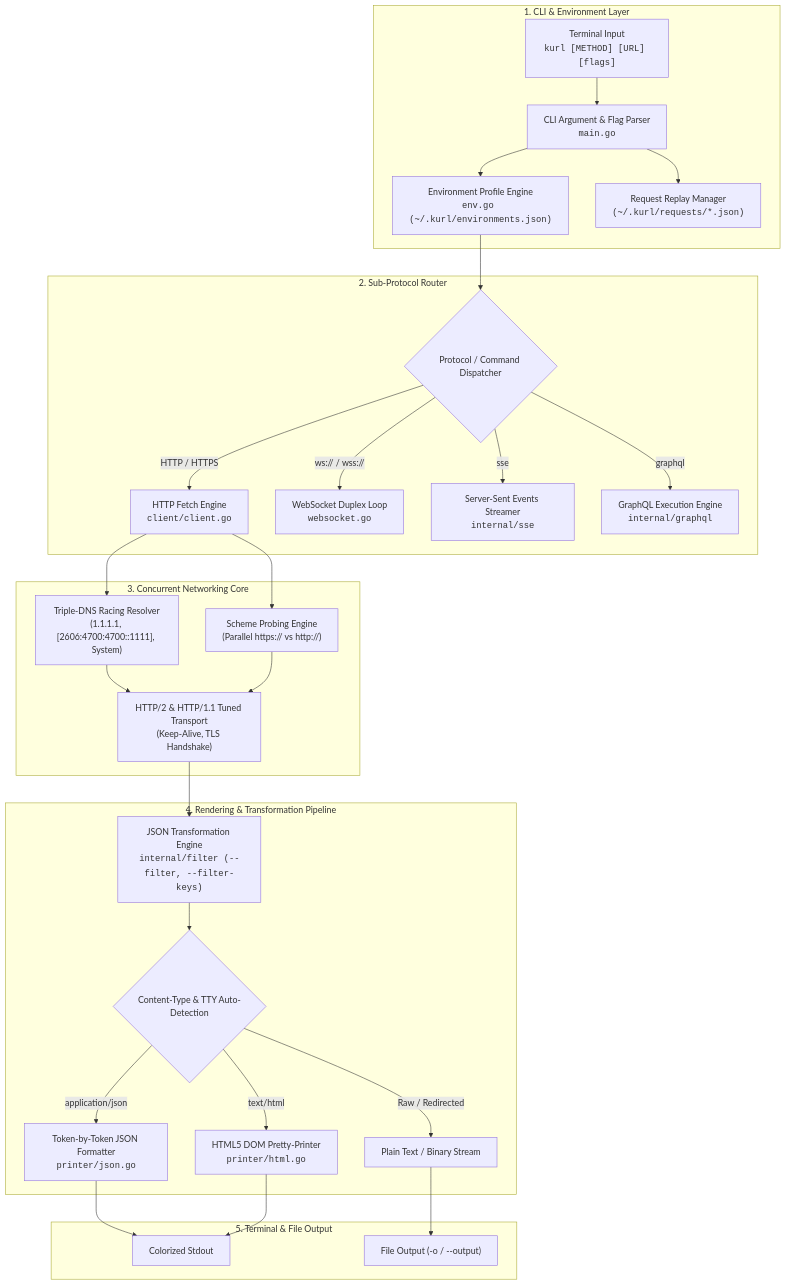
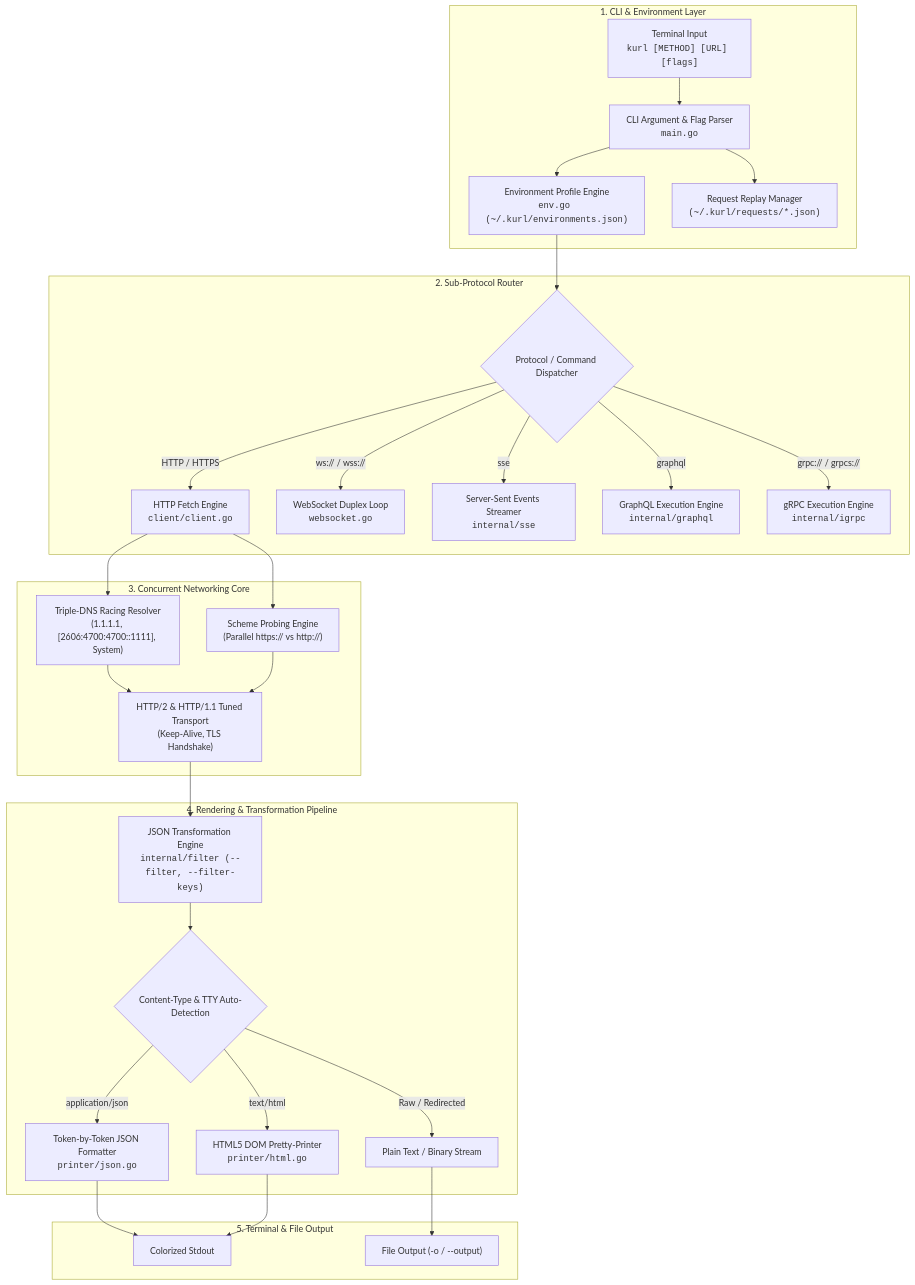
The first of 3 diagrams in docs/ARCHITECTURE.md (kavix/kurl), drawn with Mermaid before and after one commit. The commit also changed other lines of this file and 10 other files, not shown here.

````diff
--- a/docs/ARCHITECTURE.md
+++ b/docs/ARCHITECTURE.md
@@ -11,37 +11,38 @@
 ```mermaid
 flowchart TD
     subgraph CLI ["1. CLI & Environment Layer"]
         Input["Terminal Input<br/><code>kurl [METHOD] [URL] [flags]</code>"] --> CLI_Parser["CLI Argument & Flag Parser<br/><code>main.go</code>"]
         CLI_Parser --> Env_Loader["Environment Profile Engine<br/><code>env.go (~/.kurl/environments.json)</code>"]
         CLI_Parser --> Request_Store["Request Replay Manager<br/><code>(~/.kurl/requests/*.json)</code>"]
     end
 
     subgraph Router ["2. Sub-Protocol Router"]
         Env_Loader --> Protocol_Switch{"Protocol / Command Dispatcher"}
         Protocol_Switch -- "HTTP / HTTPS" --> HTTP_Engine["HTTP Fetch Engine<br/><code>client/client.go</code>"]
         Protocol_Switch -- "ws:// / wss://" --> WS_Engine["WebSocket Duplex Loop<br/><code>websocket.go</code>"]
         Protocol_Switch -- "sse" --> SSE_Engine["Server-Sent Events Streamer<br/><code>internal/sse</code>"]
         Protocol_Switch -- "graphql" --> GQL_Engine["GraphQL Execution Engine<br/><code>internal/graphql</code>"]
+        Protocol_Switch -- "grpc:// / grpcs://" --> gRPC_Engine["gRPC Execution Engine<br/><code>internal/igrpc</code>"]
     end
 
     subgraph Network ["3. Concurrent Networking Core"]
         HTTP_Engine --> DNS_Race["Triple-DNS Racing Resolver<br/>(1.1.1.1, [2606:4700:4700::1111], System)"]
         HTTP_Engine --> Scheme_Race["Scheme Probing Engine<br/>(Parallel https:// vs http://)"]
         DNS_Race --> Tuned_Transport["HTTP/2 & HTTP/1.1 Tuned Transport<br/>(Keep-Alive, TLS Handshake)"]
         Scheme_Race --> Tuned_Transport
     end
 
     subgraph Pipeline ["4. Rendering & Transformation Pipeline"]
         Tuned_Transport --> Filter_Engine["JSON Transformation Engine<br/><code>internal/filter (--filter, --filter-keys)</code>"]
         Filter_Engine --> Formatter{"Content-Type & TTY Auto-Detection"}
         Formatter -- "application/json" --> JSON_Printer["Token-by-Token JSON Formatter<br/><code>printer/json.go</code>"]
         Formatter -- "text/html" --> HTML_Printer["HTML5 DOM Pretty-Printer<br/><code>printer/html.go</code>"]
         Formatter -- "Raw / Redirected" --> Raw_Printer["Plain Text / Binary Stream"]
     end
 
     subgraph Output ["5. Terminal & File Output"]
         JSON_Printer --> Terminal["Colorized Stdout"]
         HTML_Printer --> Terminal
         Raw_Printer --> File_Save["File Output (-o / --output)"]
     end
 ```
````
